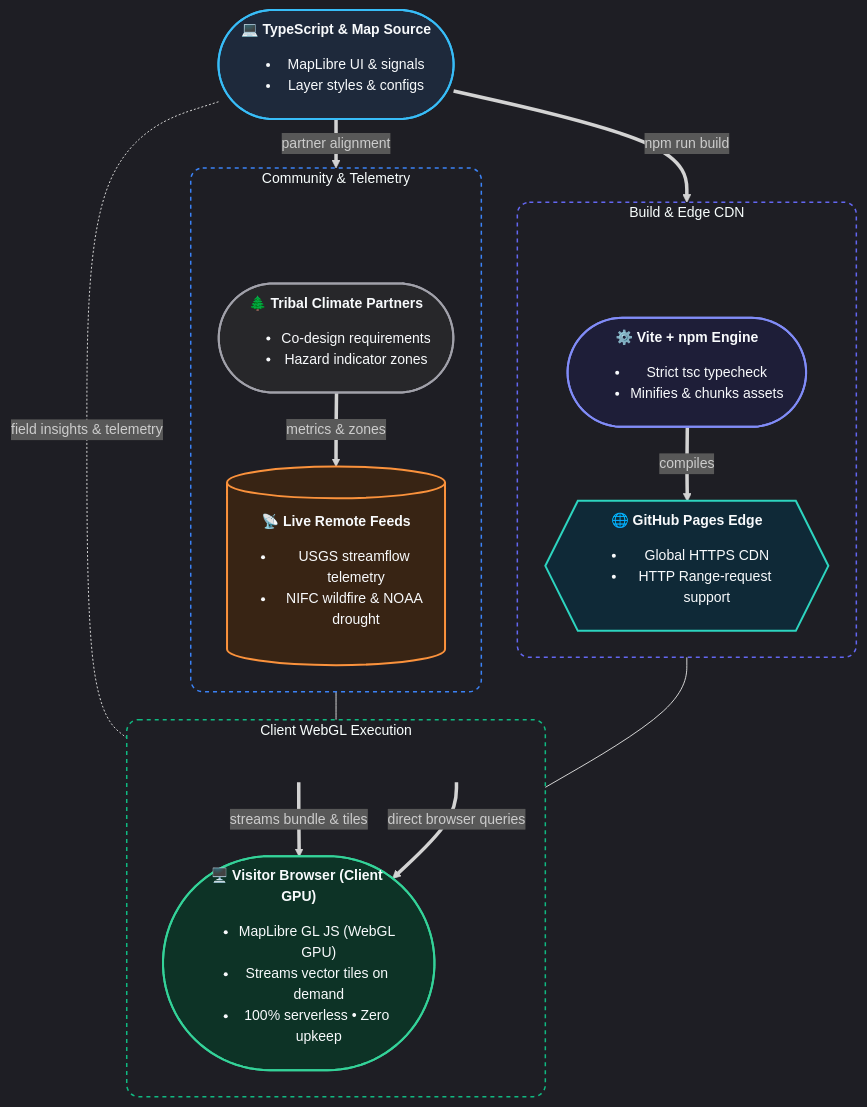
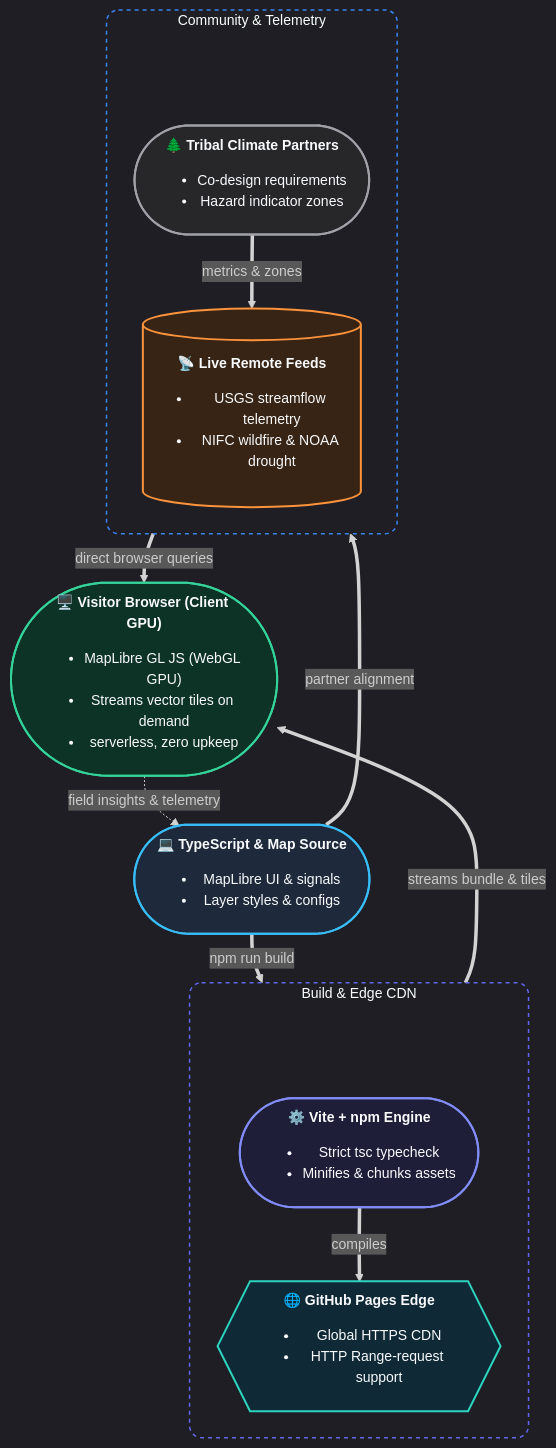
The third of 3 diagrams in guides/arch.qmd (byandell/dynamic-drought-module), drawn with Mermaid before and after one commit. The commit also changed 2 other files, not shown here.

Commit message:
arch ideas

````diff
--- a/guides/arch.qmd
+++ b/guides/arch.qmd
@@ -98,81 +98,68 @@
 ```{mermaid}
 %%{init: {
   'theme': 'dark',
   'themeVariables': {
     'fontSize': '14px',
     'fontFamily': 'Inter, system-ui, sans-serif'
   },
   'flowchart': {
     'rankSpacing': 28,
     'nodeSpacing': 36,
     'padding': 18,
     'curve': 'basis'
   }
 }}%%
 flowchart TB
     %% Apex Top
     Dev(["💻 <b>TypeScript & Map Source</b><ul><li>MapLibre UI & signals<li>Layer styles & configs</ul>"])
 
     %% Left Column: Build & Edge CDN (Vertical)
     subgraph ColBuild ["Build & Edge CDN"]
         direction TB
         SpacerB[" "]
         Build(["⚙️ <b>Vite + npm Engine</b><ul><li>Strict tsc typecheck<li>Minifies & chunks assets</ul>"])
         CDN{{"🌐 <b>GitHub Pages Edge</b><ul><li>Global HTTPS CDN<li>HTTP Range-request support</ul>"}}
         SpacerB ~~~ Build
         Build ==>|compiles| CDN
     end
 
     %% Right Column: Community & Telemetry (Vertical)
     subgraph ColData ["Community & Telemetry"]
         direction TB
         SpacerD[" "]
         Tribal(["🌲 <b>Tribal Climate Partners</b><ul><li>Co-design requirements<li>Hazard indicator zones</ul>"])
         Feeds[("📡 <b>Live Remote Feeds</b><ul><li>USGS streamflow telemetry<li>NIFC wildfire & NOAA drought</ul>")]
         SpacerD ~~~ Tribal
         Tribal ==>|metrics & zones| Feeds
     end
 
     %% Bottom Subgraph: Client WebGL Execution
-    subgraph ColClient ["Client WebGL Execution"]
-        direction TB
-        SpacerC[" "]
-        InL[" "]
-        Browser(["🖥️ <b>Visitor Browser (Client GPU)</b><ul><li>MapLibre GL JS (WebGL GPU)<li>Streams vector tiles on demand<li>100% serverless • Zero upkeep</ul>"])
-        InR[" "]
-        SpacerC ~~~ Browser
-        InL ==>|streams bundle & tiles| Browser
-        InR ==>|direct browser queries| Browser
-    end
+    Browser(["🖥️ <b>Visitor Browser (Client GPU)</b><ul><li>MapLibre GL JS (WebGL GPU)<li>Streams vector tiles on demand<li>serverless, zero upkeep</ul>"])
 
     %% Connections from Dev
     Dev ==>|npm run build| Build
     Dev ==>|partner alignment| Tribal
 
-    %% Connections from CDN and ColData to sides of Browser
-    CDN --- InL
-    Feeds --- InR
+    %% Connections from CDN and ColData to Browser
+    CDN ==>|streams bundle & tiles| Browser
+    Feeds ==>|direct browser queries| Browser
 
     %% Closed loop feedback (preserves top-down DAG ranking)
-    Dev <-.-|field insights & telemetry| Browser
+    Browser -.->|field insights & telemetry| Dev
 
     %% Subgraph Styling
     style ColBuild fill:none,stroke:#6366f1,stroke-width:1.5px,stroke-dasharray: 4 4,rx:12,ry:12
     style ColData fill:none,stroke:#3b82f6,stroke-width:1.5px,stroke-dasharray: 4 4,rx:12,ry:12
-    style ColClient fill:none,stroke:#10b981,stroke-width:1.5px,stroke-dasharray: 4 4,rx:12,ry:12
 
     %% Node Styling
     style Dev fill:#1e293b,stroke:#38bdf8,stroke-width:2px,color:#f8fafc
     style Build fill:#1e1e38,stroke:#818cf8,stroke-width:2px,color:#f8fafc
     style CDN fill:#0f2937,stroke:#2dd4bf,stroke-width:2px,color:#f8fafc
     style Browser fill:#0d3326,stroke:#34d399,stroke-width:2px,color:#f8fafc
     style Feeds fill:#382414,stroke:#fb923c,stroke-width:2px,color:#f8fafc
     style Tribal fill:#27272a,stroke:#a1a1aa,stroke-width:2px,color:#f8fafc
 
-    %% Spacers and Waypoints
+    %% Spacers
     style SpacerB fill:none,stroke:none,color:transparent
     style SpacerD fill:none,stroke:none,color:transparent
-    style SpacerC fill:none,stroke:none,color:transparent
-    style InL fill:none,stroke:none,color:transparent
-    style InR fill:none,stroke:none,color:transparent
 ```
````
